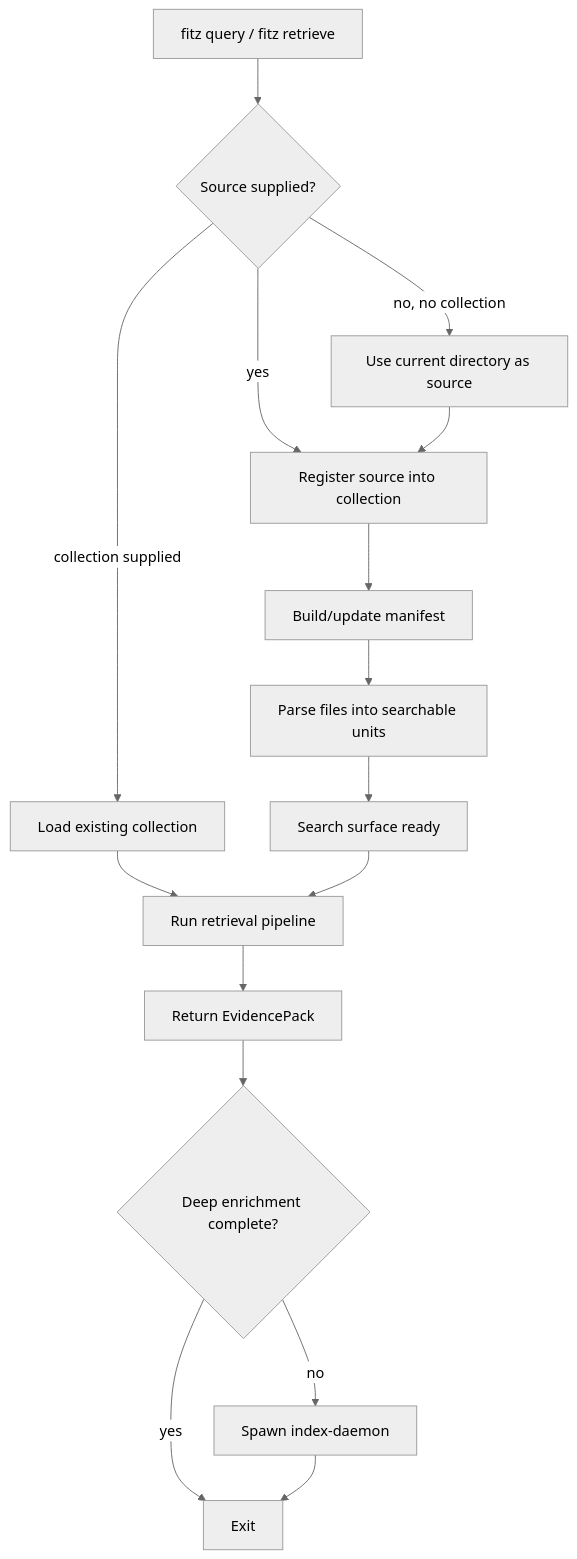
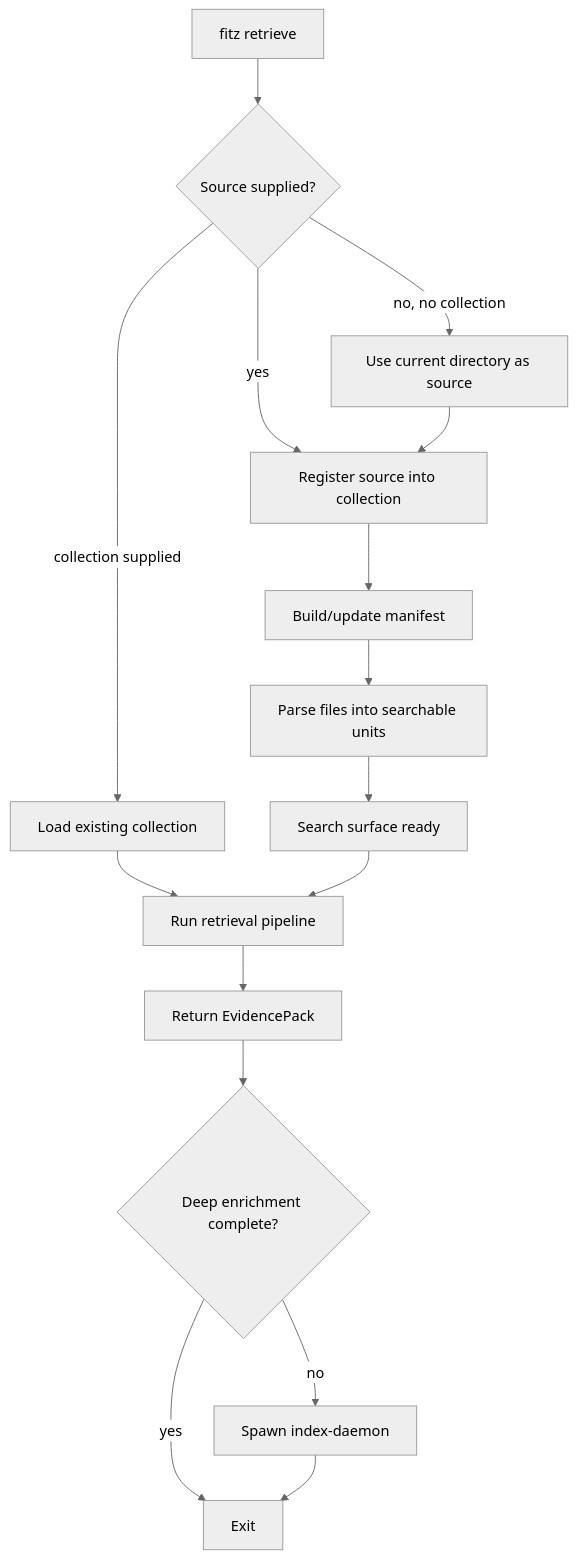
Before and after one commit to yafitzdev/fitz: the first of 4 diagrams in docs/RETRIEVAL_PIPELINE.md, drawn with Mermaid (neutral theme). The commit also changed other lines of this file and 103 other files, not shown here.

````diff
--- a/docs/RETRIEVAL_PIPELINE.md
+++ b/docs/RETRIEVAL_PIPELINE.md
@@ -39,18 +39,18 @@
 ```mermaid
 flowchart TD
-    A["fitz query / fitz retrieve"] --> B{"Source supplied?"}
+    A["fitz retrieve"] --> B{"Source supplied?"}
     B -->|"yes"| C["Register source into collection"]
     B -->|"no, no collection"| D["Use current directory as source"]
     B -->|"collection supplied"| E["Load existing collection"]
     D --> C
     C --> F["Build/update manifest"]
     F --> G["Parse files into searchable units"]
     G --> H["Search surface ready"]
     E --> I["Run retrieval pipeline"]
     H --> I
     I --> J["Return EvidencePack"]
     J --> K{"Deep enrichment complete?"}
     K -->|"yes"| L["Exit"]
     K -->|"no"| M["Spawn index-daemon"]
     M --> L
 ```
````
